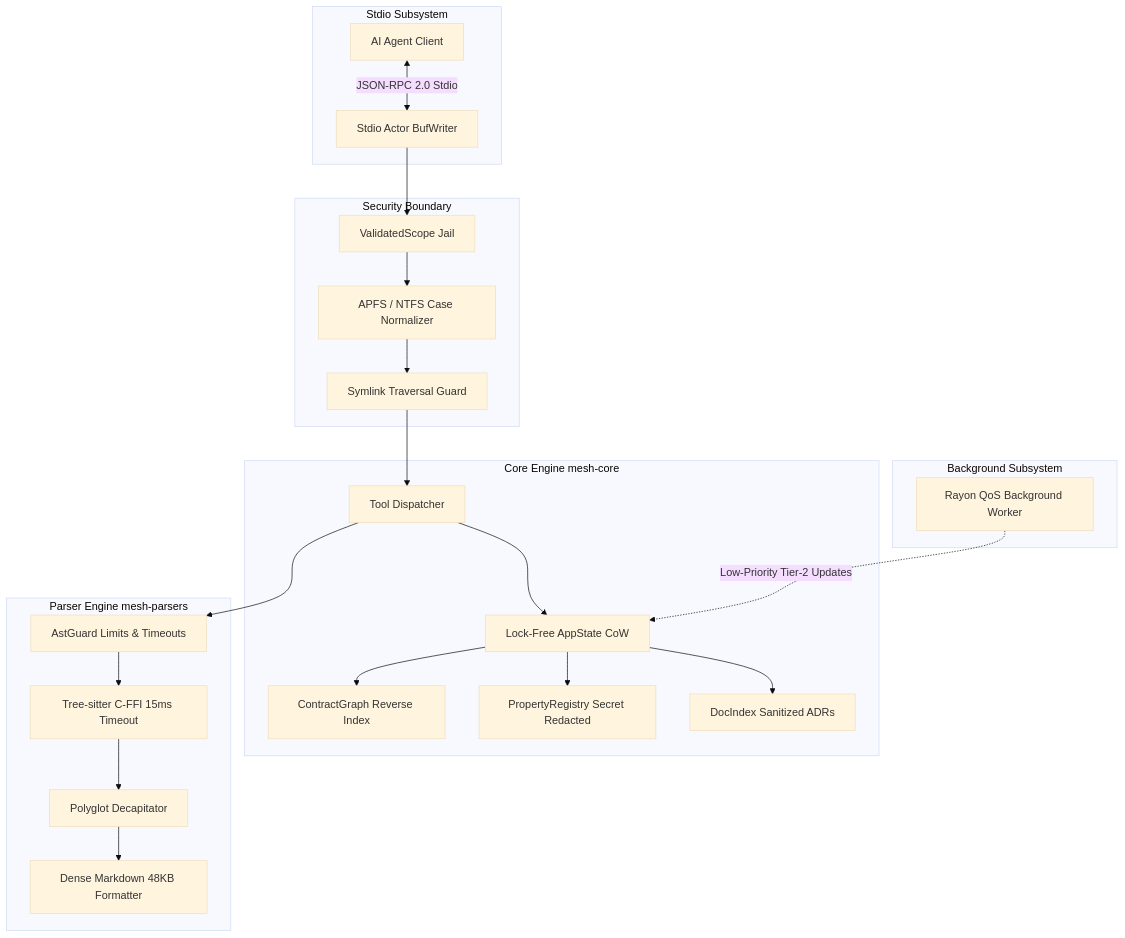
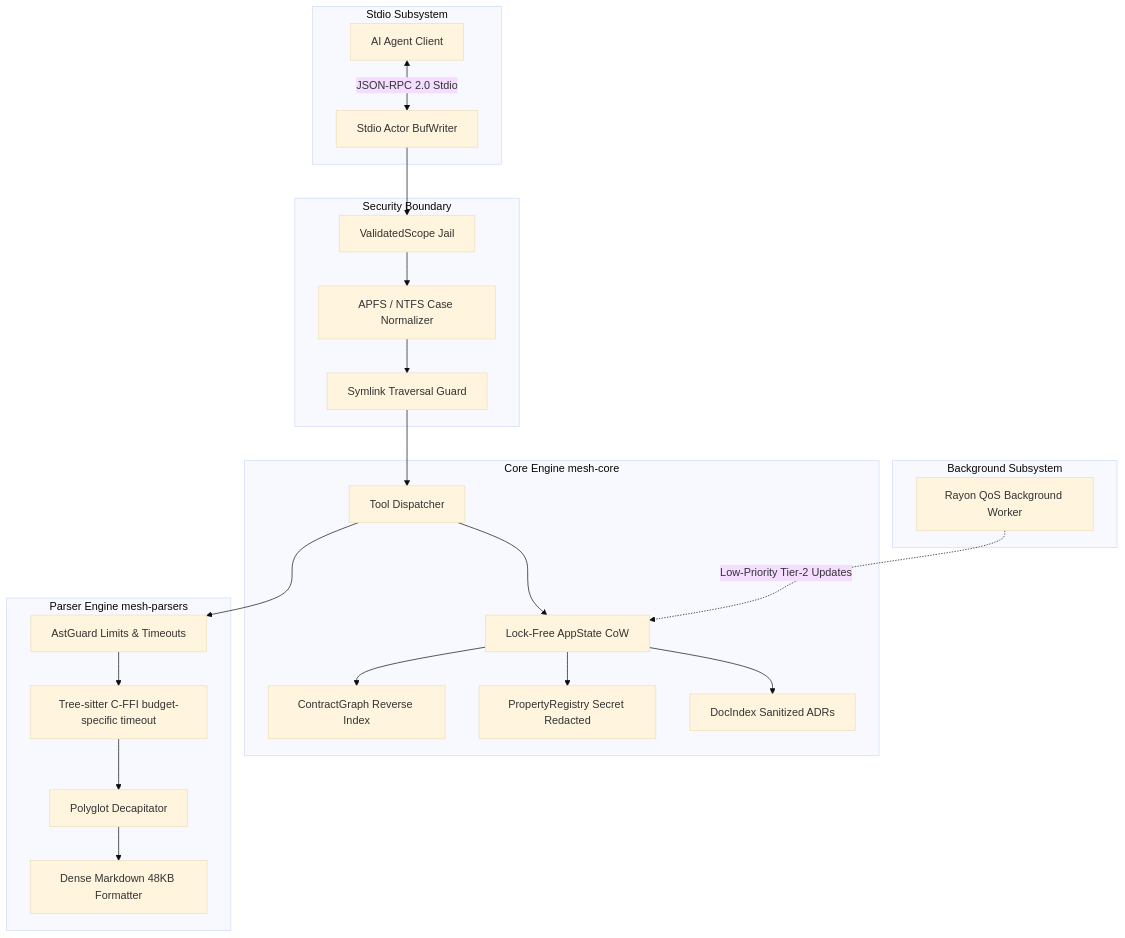
One commit to VictorAgahi/causalmesh changed the first of 4 diagrams in docs/architecture.md. Above: the diagram before and after it, drawn with Mermaid (base theme). The commit also changed other lines of this file and 22 other files, not shown here.

````diff
--- a/docs/architecture.md
+++ b/docs/architecture.md
@@ -11,31 +11,31 @@
 ```mermaid
 graph TD
     subgraph Stdio Subsystem
         Agent[AI Agent Client] <-->|JSON-RPC 2.0 Stdio| StdioActor[Stdio Actor BufWriter]
     end
 
     subgraph Security Boundary
         StdioActor --> ValidatedScope[ValidatedScope Jail]
         ValidatedScope --> CaseFolding[APFS / NTFS Case Normalizer]
         CaseFolding --> SymlinkGuard[Symlink Traversal Guard]
     end
 
     subgraph Core Engine mesh-core
         SymlinkGuard --> Router[Tool Dispatcher]
         Router --> State[Lock-Free AppState CoW]
         State --> Graph[ContractGraph Reverse Index]
         State --> Registry[PropertyRegistry Secret Redacted]
         State --> Docs[DocIndex Sanitized ADRs]
     end
 
     subgraph Parser Engine mesh-parsers
         Router --> AstGuard[AstGuard Limits & Timeouts]
-        AstGuard --> TreeSitter[Tree-sitter C-FFI 15ms Timeout]
+        AstGuard --> TreeSitter[Tree-sitter C-FFI budget-specific timeout]
         TreeSitter --> Decapitator[Polyglot Decapitator]
         Decapitator --> Markdown[Dense Markdown 48KB Formatter]
     end
 
     subgraph Background Subsystem
         RayonPool[Rayon QoS Background Worker] -.->|Low-Priority Tier-2 Updates| State
     end
 ```
````
